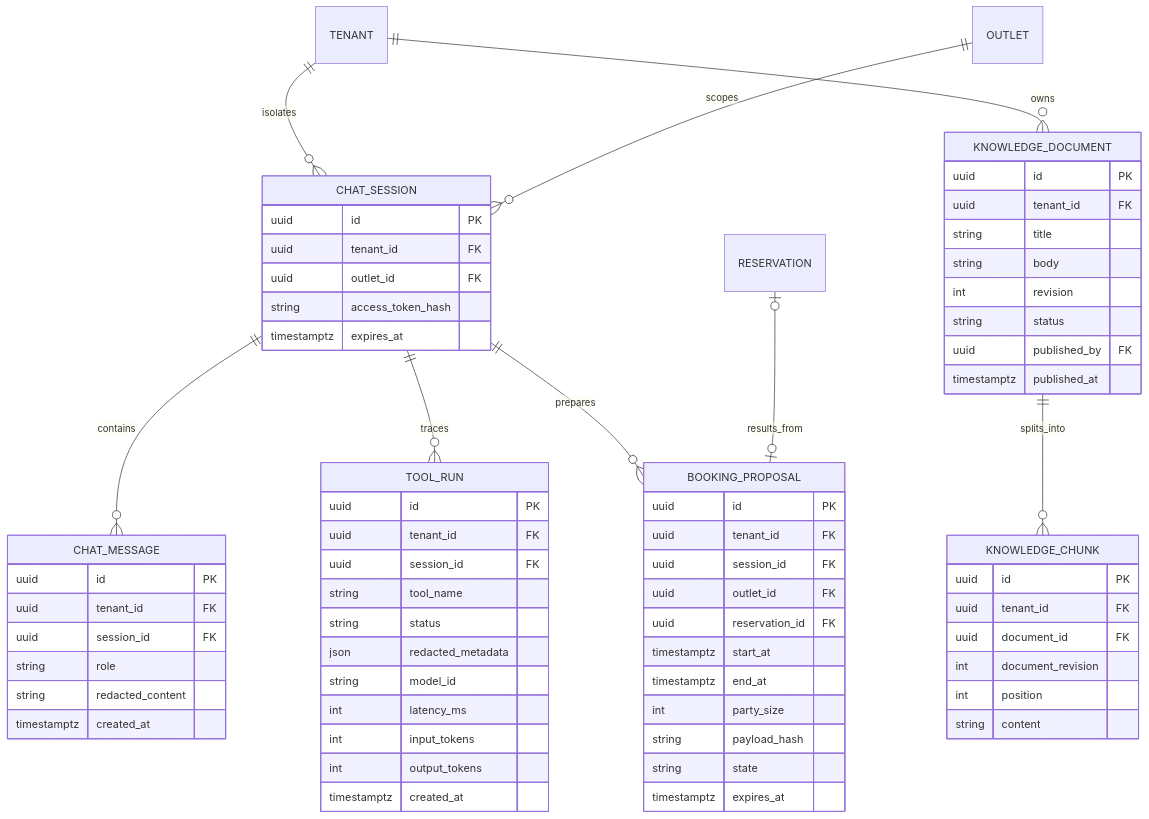
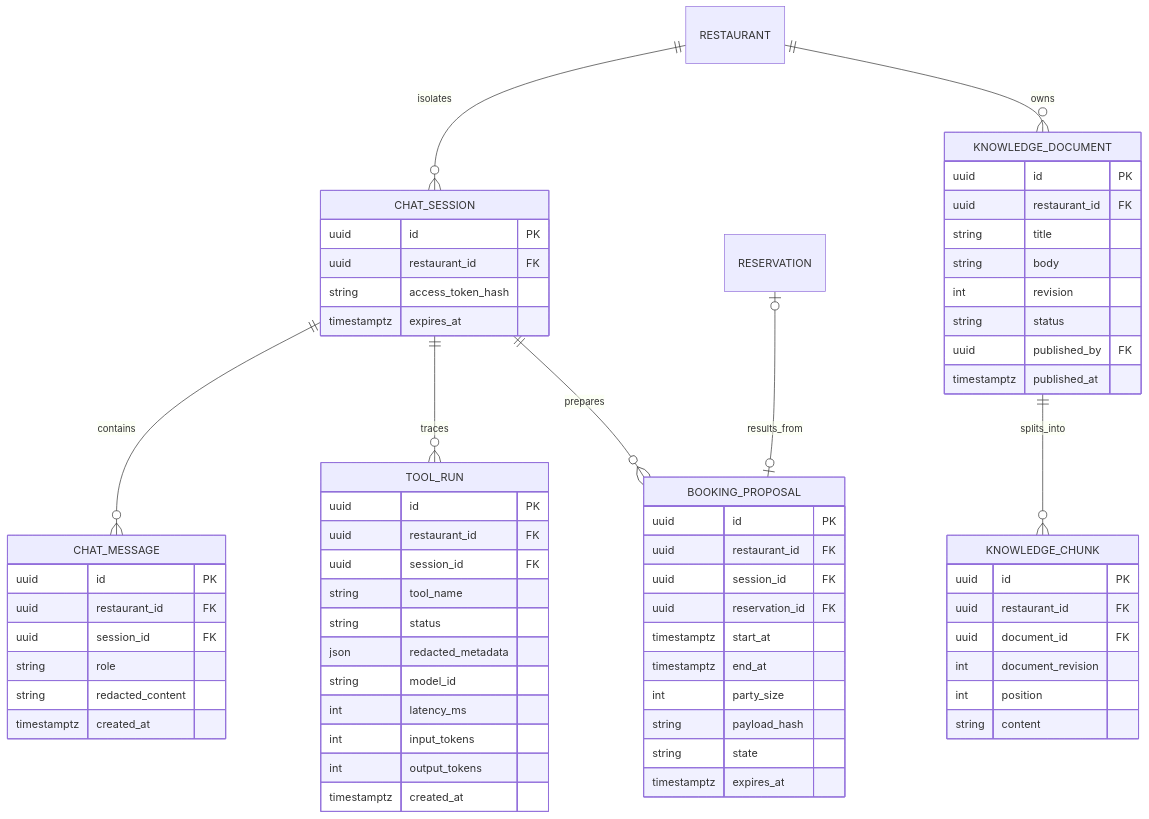
Before and after one commit to wisnufadhillah/Restaurant-Mulit-Tenant: the fifth of 9 diagrams in PRD — Restaurant Assistant MVP.md, drawn with Mermaid. The commit also changed other lines of this file and 2 other files, not shown here.

Commit message:
docs: align restaurant domain and chatbot flow

````diff
--- a/PRD — Restaurant Assistant MVP.md
+++ b/PRD — Restaurant Assistant MVP.md
@@ -368,71 +358,68 @@
 ```mermaid
 erDiagram
-    TENANT ||--o{ CHAT_SESSION : isolates
-    OUTLET ||--o{ CHAT_SESSION : scopes
+    RESTAURANT ||--o{ CHAT_SESSION : isolates
     CHAT_SESSION ||--o{ CHAT_MESSAGE : contains
     CHAT_SESSION ||--o{ TOOL_RUN : traces
     CHAT_SESSION ||--o{ BOOKING_PROPOSAL : prepares
     RESERVATION o|--o| BOOKING_PROPOSAL : results_from
-    TENANT ||--o{ KNOWLEDGE_DOCUMENT : owns
+    RESTAURANT ||--o{ KNOWLEDGE_DOCUMENT : owns
     KNOWLEDGE_DOCUMENT ||--o{ KNOWLEDGE_CHUNK : splits_into
 
     CHAT_SESSION {
         uuid id PK
-        uuid tenant_id FK
-        uuid outlet_id FK
+        uuid restaurant_id FK
         string access_token_hash
         timestamptz expires_at
     }
     CHAT_MESSAGE {
         uuid id PK
-        uuid tenant_id FK
+        uuid restaurant_id FK
         uuid session_id FK
         string role
         string redacted_content
         timestamptz created_at
     }
     TOOL_RUN {
         uuid id PK
-        uuid tenant_id FK
+        uuid restaurant_id FK
         uuid session_id FK
         string tool_name
         string status
         json redacted_metadata
         string model_id
         int latency_ms
         int input_tokens
         int output_tokens
         timestamptz created_at
     }
     BOOKING_PROPOSAL {
         uuid id PK
-        uuid tenant_id FK
+        uuid restaurant_id FK
         uuid session_id FK
-        uuid outlet_id FK
         uuid reservation_id FK
         timestamptz start_at
         timestamptz end_at
         int party_size
         string payload_hash
         string state
         timestamptz expires_at
     }
     KNOWLEDGE_DOCUMENT {
         uuid id PK
-        uuid tenant_id FK
+        uuid restaurant_id FK
         string title
         string body
         int revision
         string status
         uuid published_by FK
         timestamptz published_at
     }
     KNOWLEDGE_CHUNK {
         uuid id PK
-        uuid tenant_id FK
+        uuid restaurant_id FK
         uuid document_id FK
         int document_revision
         int position
         string content
     }
 ```
````
